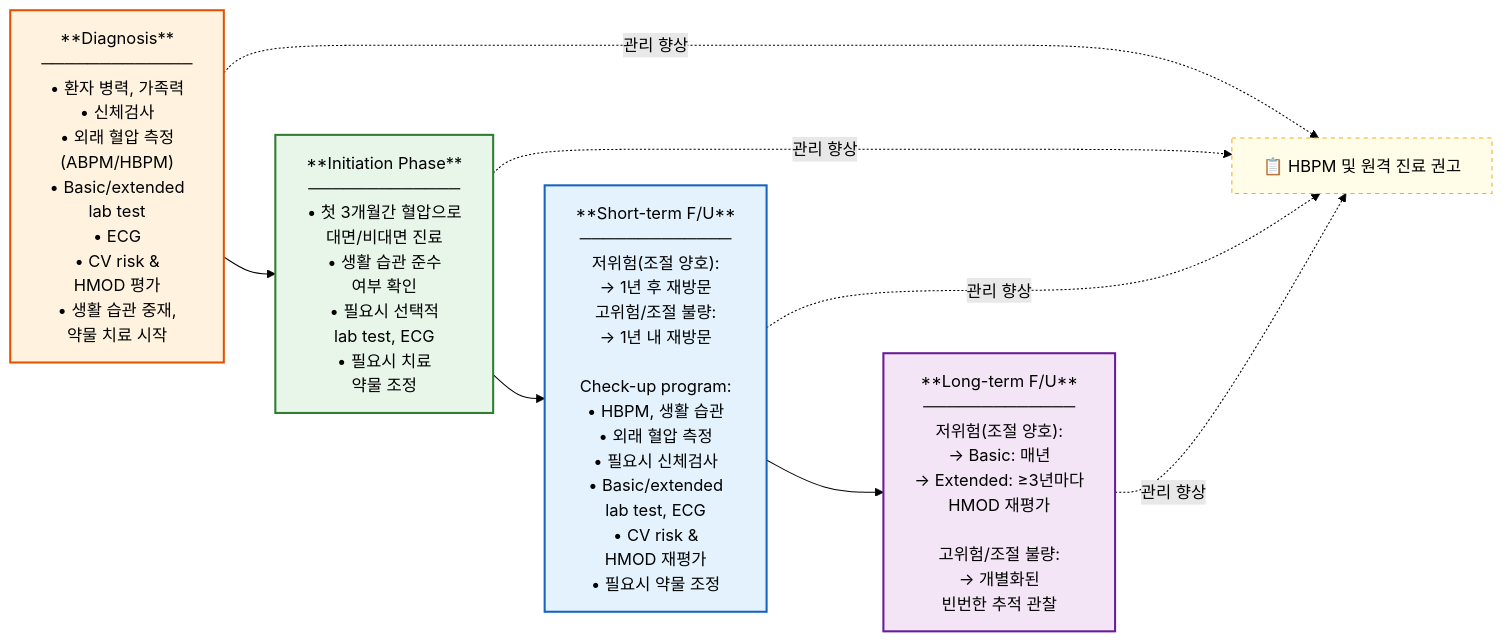
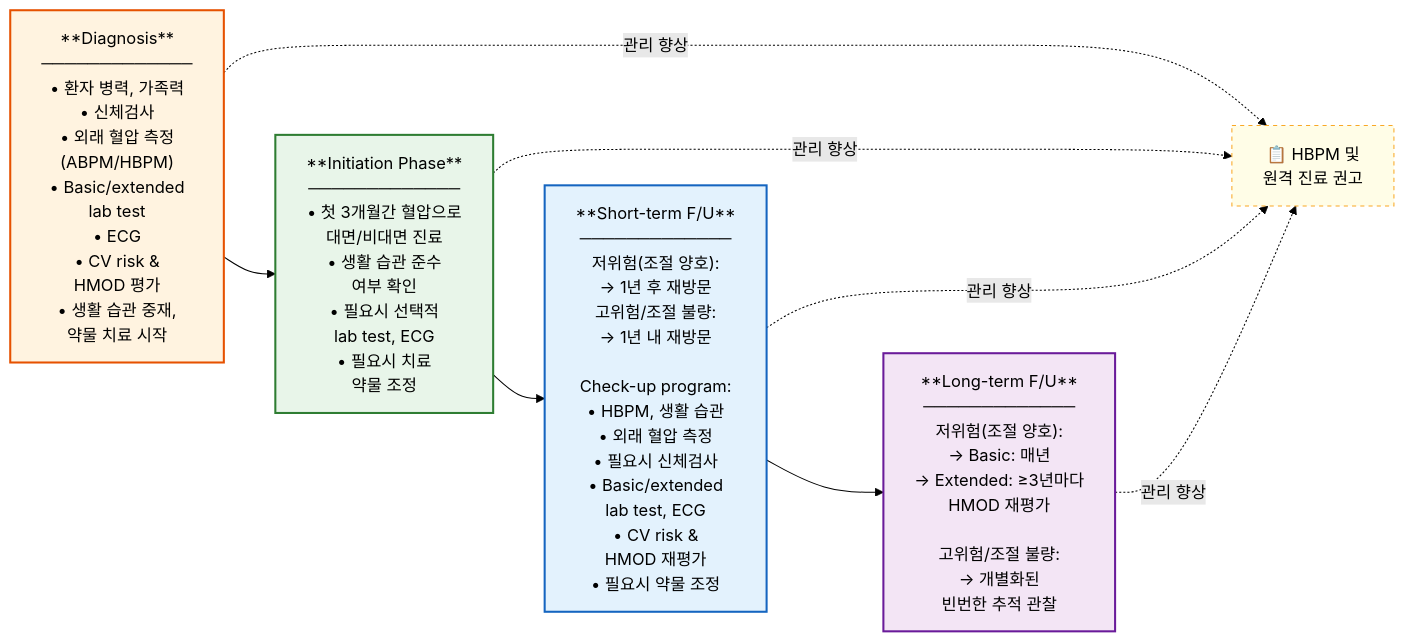
One commit to familyoh77/familyoh77 changed the sixth of 6 diagrams in 225_/095_-hypertension.md. Above: the diagram before and after it, drawn with Mermaid (forest theme). The commit also changed other lines of this file, not shown here.

````diff
--- a/225_/095_-hypertension.md
+++ b/225_/095_-hypertension.md
@@ -1415,69 +1301,69 @@
 ```mermaid
 flowchart LR
     A["**Diagnosis**
     ─────────────
     • 환자 병력, 가족력
     • 신체검사
     • 외래 혈압 측정
       (ABPM/HBPM)
     • Basic/extended
       lab test
     • ECG
     • CV risk &
       HMOD 평가
     • 생활 습관 중재,
       약물 치료 시작"]
 
     B["**Initiation Phase**
     ─────────────
     • 첫 3개월간 혈압으로
       대면/비대면 진료
     • 생활 습관 준수
       여부 확인
     • 필요시 선택적
       lab test, ECG
     • 필요시 치료
       약물 조정"]
 
     C["**Short-term F/U**
     ─────────────
     저위험(조절 양호):
     → 1년 후 재방문
     고위험/조절 불량:
     → 1년 내 재방문
 
     Check-up program:
     • HBPM, 생활 습관
     • 외래 혈압 측정
     • 필요시 신체검사
     • Basic/extended
       lab test, ECG
     • CV risk &
       HMOD 재평가
     • 필요시 약물 조정"]
 
     D["**Long-term F/U**
     ─────────────
     저위험(조절 양호):
     → Basic: 매년
     → Extended: ≥3년마다
       HMOD 재평가
 
     고위험/조절 불량:
     → 개별화된
       빈번한 추적 관찰"]
 
     A --> B --> C --> D
 
-    E["📋 HBPM 및 원격 진료 권고"]
+    E["📋 HBPM 및 <br/>원격 진료 권고"]
     A -. "관리 향상" .-> E
     B -. "관리 향상" .-> E
     C -. "관리 향상" .-> E
     D -. "관리 향상" .-> E
 
     style A fill:#fff3e0,stroke:#e65100,stroke-width:2px
     style B fill:#e8f5e9,stroke:#2e7d32,stroke-width:2px
     style C fill:#e3f2fd,stroke:#1565c0,stroke-width:2px
     style D fill:#f3e5f5,stroke:#6a1b9a,stroke-width:2px
     style E fill:#fffde7,stroke:#f9a825,stroke-width:1px,stroke-dasharray:4
 ```
````
